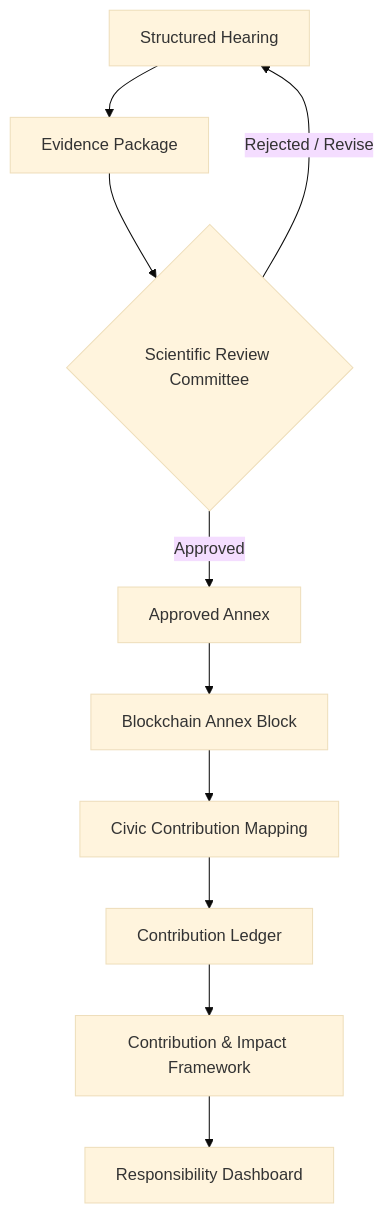
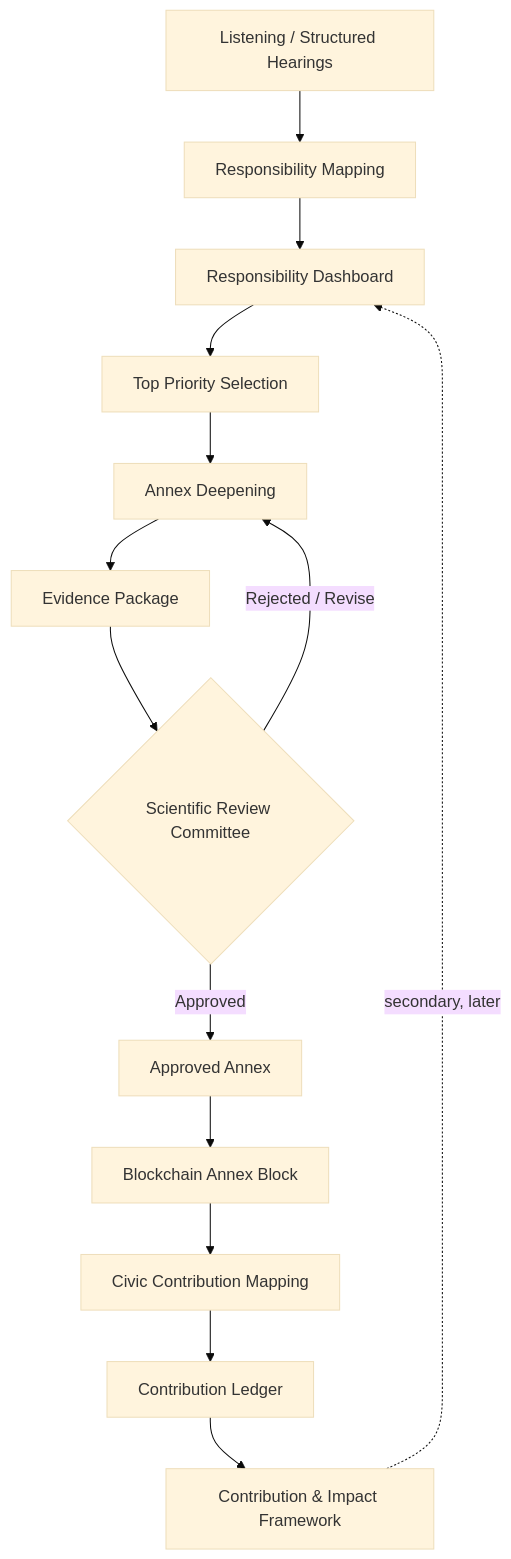
One commit to jolanfarhadi-tech/res-publica changed the first of 2 diagrams in brain/FOUNDATION/03_ANNEX_BLOCKCHAIN_CIVIC_CONTRIBUTION_ARCHITECTURE.md. Above: the diagram before and after it, drawn with Mermaid (base theme). The commit also changed other lines of this file and 3 other files, not shown here.

````diff
--- a/brain/FOUNDATION/03_ANNEX_BLOCKCHAIN_CIVIC_CONTRIBUTION_ARCHITECTURE.md
+++ b/brain/FOUNDATION/03_ANNEX_BLOCKCHAIN_CIVIC_CONTRIBUTION_ARCHITECTURE.md
@@ -15,12 +17,16 @@
 ```mermaid
 flowchart TD
-    A[Structured Hearing] --> B[Evidence Package]
+    L[Listening / Structured Hearings] --> M[Responsibility Mapping]
+    M --> Dash[Responsibility Dashboard]
+    Dash --> T[Top Priority Selection]
+    T --> AD[Annex Deepening]
+    AD --> B[Evidence Package]
     B --> C{Scientific Review Committee}
     C -- Approved --> D[Approved Annex]
-    C -- Rejected / Revise --> A
+    C -- Rejected / Revise --> AD
     D --> E[Blockchain Annex Block]
     E --> F[Civic Contribution Mapping]
     F --> G[Contribution Ledger]
     G --> H[Contribution & Impact Framework]
-    H --> I[Responsibility Dashboard]
+    H -.secondary, later.-> Dash
 ```
````
